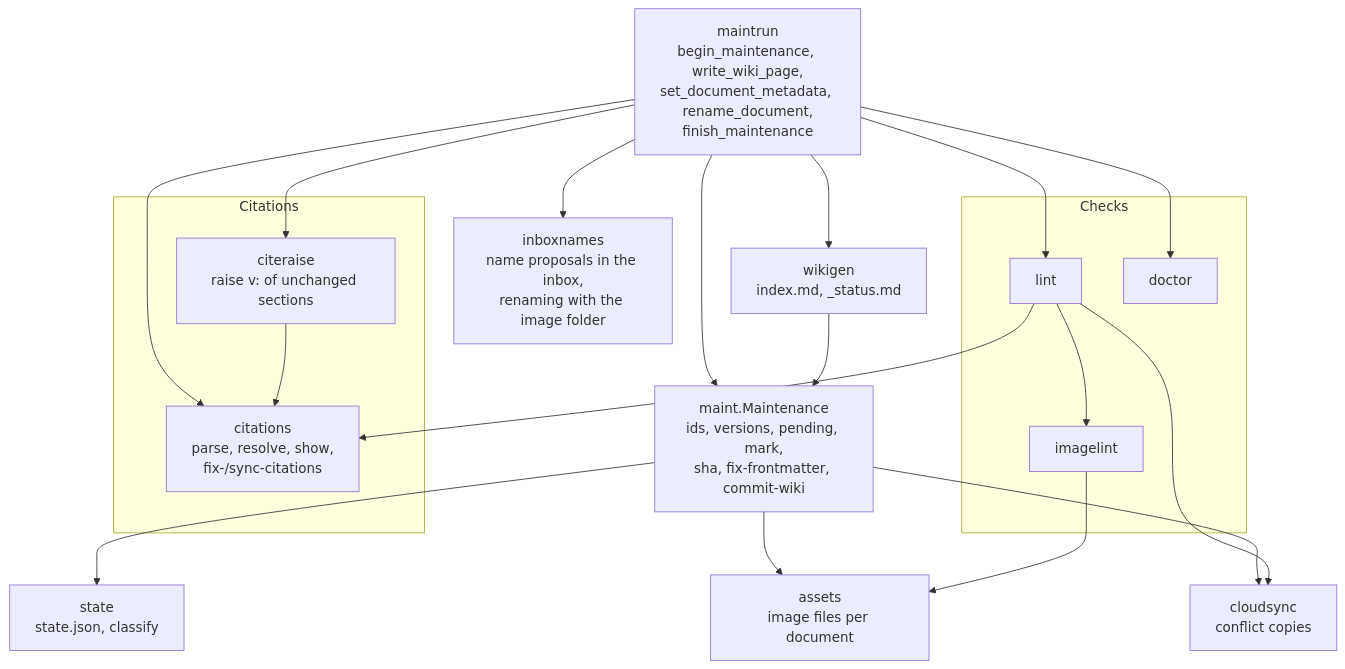
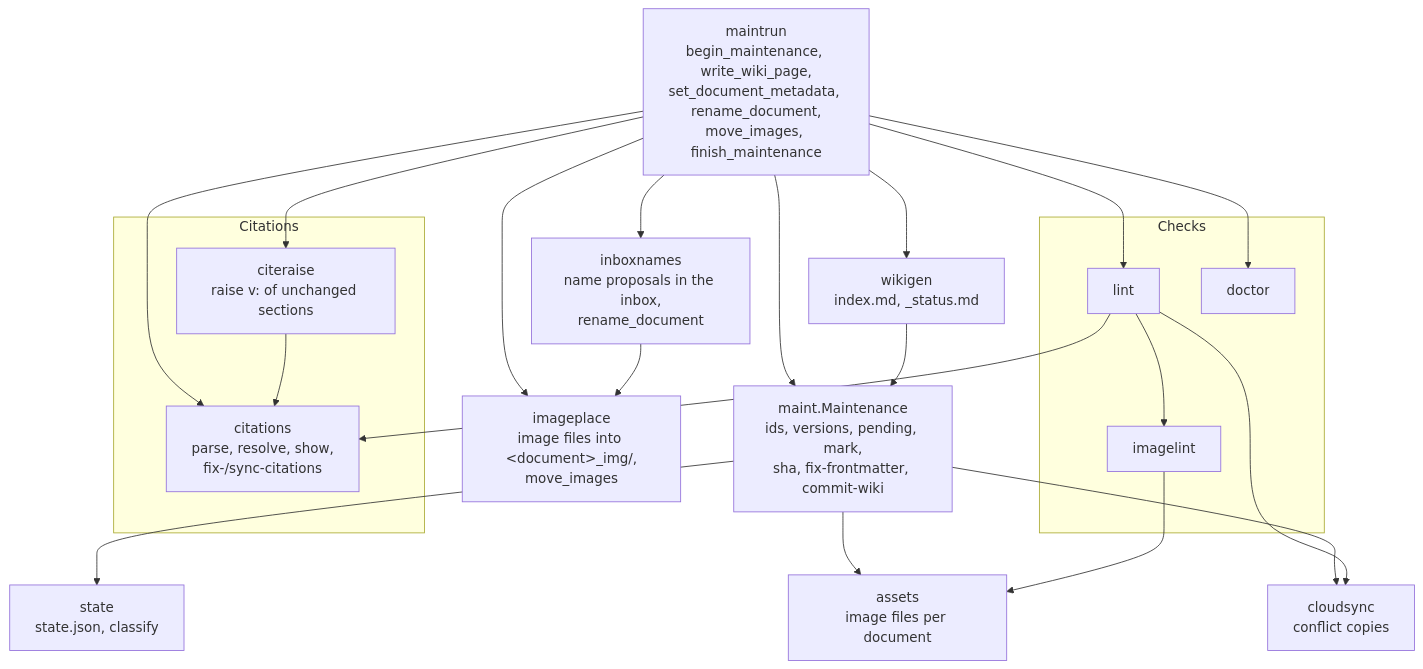
One commit to achim0x/pkm-llm-wiki changed diagram 18 of 22 in docs/architecture.md. Above: the diagram before and after it, drawn with Mermaid. The commit also changed other lines of this file and 27 other files, not shown here.

````diff
--- a/docs/architecture.md
+++ b/docs/architecture.md
@@ -738,35 +738,38 @@
 ```mermaid
 flowchart TB
-    maintrun["maintrun<br/>begin_maintenance, write_wiki_page,<br/>set_document_metadata, rename_document,<br/>finish_maintenance"]
-    inboxnames["inboxnames<br/>name proposals in the inbox,<br/>renaming with the image folder"]
+    maintrun["maintrun<br/>begin_maintenance, write_wiki_page,<br/>set_document_metadata, rename_document,<br/>move_images, finish_maintenance"]
+    inboxnames["inboxnames<br/>name proposals in the inbox,<br/>rename_document"]
+    imageplace["imageplace<br/>image files into &lt;document&gt;_img/,<br/>move_images"]
     maint["maint.Maintenance<br/>ids, versions, pending, mark,<br/>sha, fix-frontmatter, commit-wiki"]
     subgraph cit["Citations"]
         citations["citations<br/>parse, resolve, show,<br/>fix-/sync-citations"]
         citeraise["citeraise<br/>raise v: of unchanged sections"]
     end
     subgraph checks["Checks"]
         lint["lint"]
         imagelint["imagelint"]
         doctor["doctor"]
     end
     wikigen["wikigen<br/>index.md, _status.md"]
     state["state<br/>state.json, classify"]
     assets["assets<br/>image files per document"]
     cloudsync["cloudsync<br/>conflict copies"]
     maintrun --> maint
     maintrun --> inboxnames
+    maintrun --> imageplace
+    inboxnames --> imageplace
     maintrun --> citations
     maintrun --> citeraise
     maintrun --> lint
     maintrun --> doctor
     maintrun --> wikigen
     maint --> state
     maint --> assets
     maint --> cloudsync
     citeraise --> citations
     lint --> citations
     lint --> imagelint
     lint --> cloudsync
     imagelint --> assets
     wikigen --> maint
 ```
````
